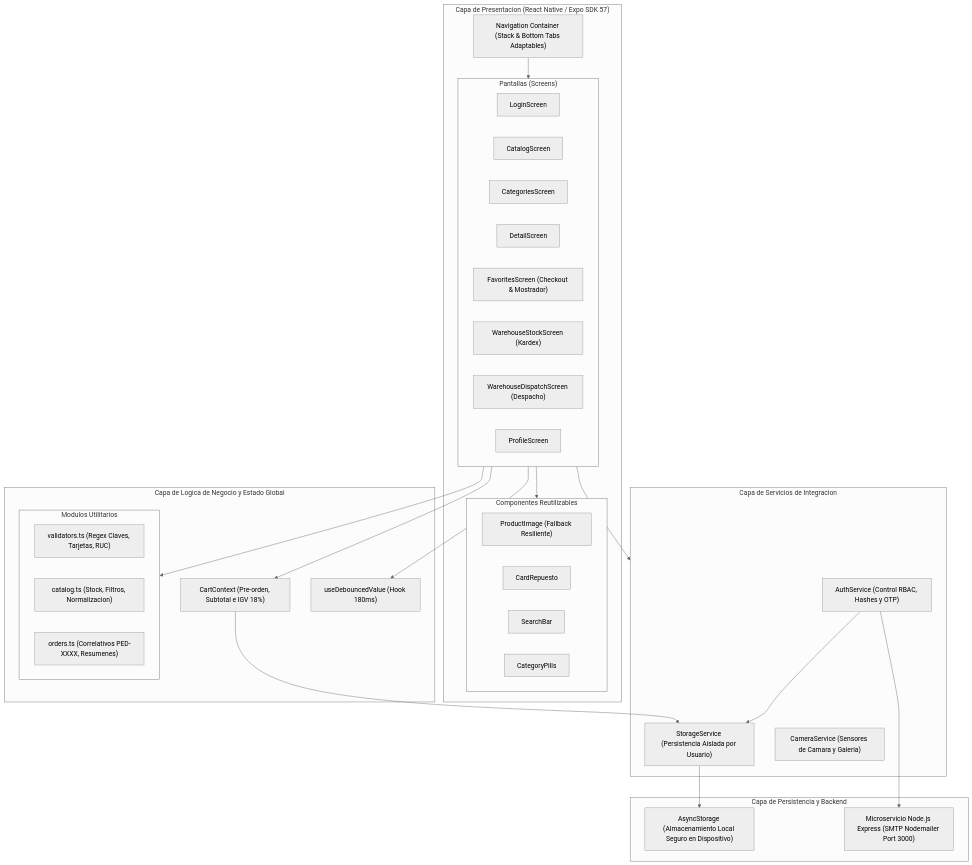
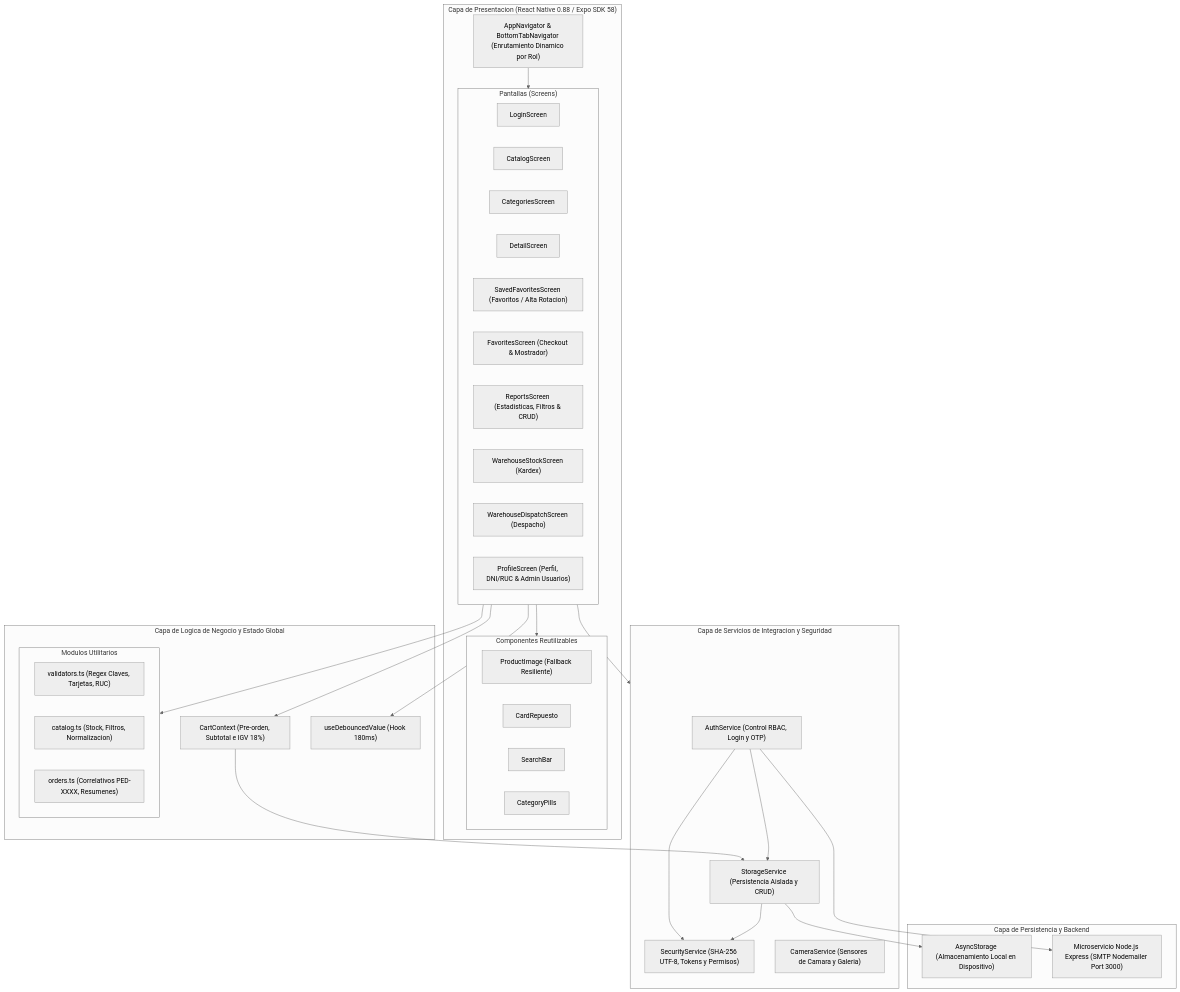
One commit to EduMoralesCar/HuriosRally-App changed the second of 9 diagrams in docs/diagramas_ingenieria.md. Above: the diagram before and after it, drawn with Mermaid (neutral theme). The commit also changed other lines of this file, not shown here.

Commit message:
docs(uml): actualizar diagramas de arquitectura SDK 58, rol Administrador y servicio criptografico SHA-256

````diff
--- a/docs/diagramas_ingenieria.md
+++ b/docs/diagramas_ingenieria.md
@@ -83,55 +90,60 @@
 ```mermaid
 flowchart TD
-  subgraph CapaPresentacion["Capa de Presentacion (React Native / Expo SDK 57)"]
-    NavStack["Navigation Container (Stack & Bottom Tabs Adaptables)"]
+  subgraph CapaPresentacion["Capa de Presentacion (React Native 0.88 / Expo SDK 58)"]
+    NavStack["AppNavigator & BottomTabNavigator (Enrutamiento Dinamico por Rol)"]
     subgraph Vistas["Pantallas (Screens)"]
       S_Login["LoginScreen"]
       S_Catalog["CatalogScreen"]
       S_Categories["CategoriesScreen"]
       S_Detail["DetailScreen"]
+      S_SavedFav["SavedFavoritesScreen (Favoritos / Alta Rotacion)"]
       S_Favorites["FavoritesScreen (Checkout & Mostrador)"]
+      S_Reports["ReportsScreen (Estadisticas, Filtros & CRUD)"]
       S_Stock["WarehouseStockScreen (Kardex)"]
       S_Dispatch["WarehouseDispatchScreen (Despacho)"]
-      S_Profile["ProfileScreen"]
+      S_Profile["ProfileScreen (Perfil, DNI/RUC & Admin Usuarios)"]
     end
     subgraph ComponentesUI["Componentes Reutilizables"]
       C_Img["ProductImage (Fallback Resiliente)"]
       C_Card["CardRepuesto"]
       C_Search["SearchBar"]
       C_Pills["CategoryPills"]
     end
   end
 
   subgraph CapaLogica["Capa de Logica de Negocio y Estado Global"]
     Ctx_Cart["CartContext (Pre-orden, Subtotal e IGV 18%)"]
     Hook_Debounce["useDebouncedValue (Hook 180ms)"]
     subgraph Utilitarios["Modulos Utilitarios"]
       U_Val["validators.ts (Regex Claves, Tarjetas, RUC)"]
       U_Cat["catalog.ts (Stock, Filtros, Normalizacion)"]
       U_Ord["orders.ts (Correlativos PED-XXXX, Resumenes)"]
     end
   end
 
-  subgraph CapaServicios["Capa de Servicios de Integracion"]
-    Srv_Auth["AuthService (Control RBAC, Hashes y OTP)"]
-    Srv_Storage["StorageService (Persistencia Aislada por Usuario)"]
+  subgraph CapaServicios["Capa de Servicios de Integracion y Seguridad"]
+    Srv_Auth["AuthService (Control RBAC, Login y OTP)"]
+    Srv_Sec["SecurityService (SHA-256 UTF-8, Tokens y Permisos)"]
+    Srv_Storage["StorageService (Persistencia Aislada y CRUD)"]
     Srv_Camera["CameraService (Sensores de Camara y Galeria)"]
   end
 
   subgraph CapaPersistencia["Capa de Persistencia y Backend"]
-    DB_Async["AsyncStorage (Almacenamiento Local Seguro en Dispositivo)"]
+    DB_Async["AsyncStorage (Almacenamiento Local en Dispositivo)"]
     Srv_SMTP["Microservicio Node.js Express (SMTP Nodemailer Port 3000)"]
   end
 
   NavStack --> Vistas
   Vistas --> ComponentesUI
   Vistas --> Ctx_Cart
   Vistas --> Hook_Debounce
   Vistas --> Utilitarios
   Vistas --> CapaServicios
 
   Ctx_Cart --> Srv_Storage
+  Srv_Auth --> Srv_Sec
   Srv_Auth --> Srv_Storage
   Srv_Auth --> Srv_SMTP
+  Srv_Storage --> Srv_Sec
   Srv_Storage --> DB_Async
 ```
````
